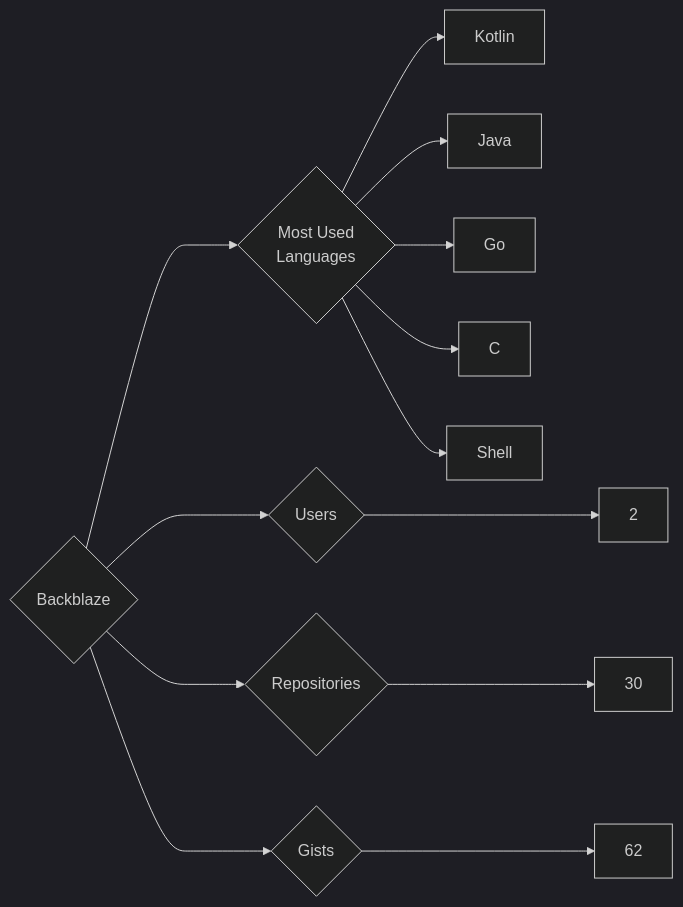
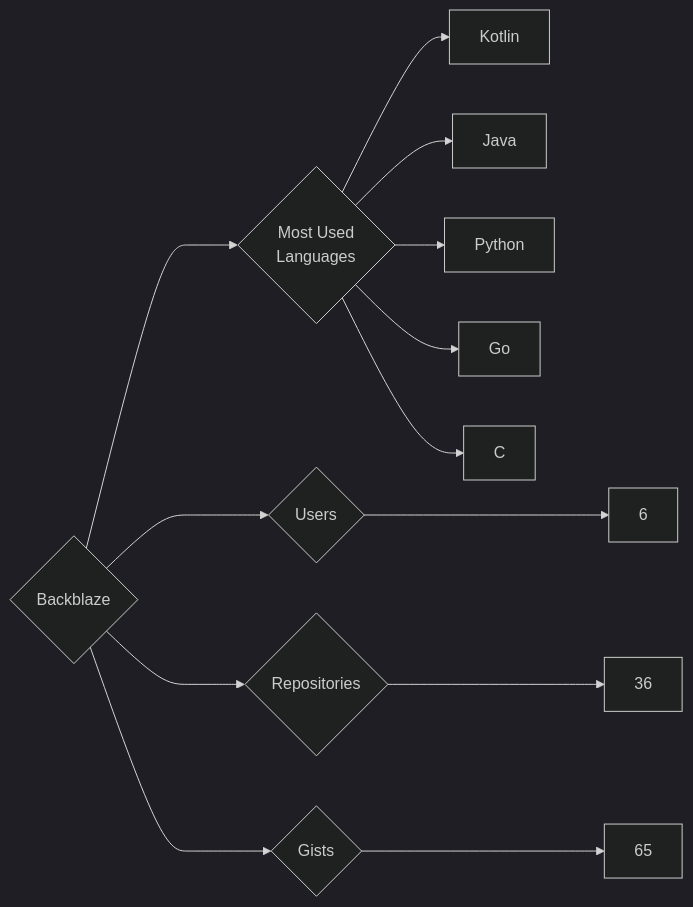
One commit to trickest/insiders changed the diagram in targets/Backblaze/README.md. Above: the diagram before and after it, drawn with Mermaid (dark theme). The commit also changed 894 other files, not shown here.

````diff
--- a/targets/Backblaze/README.md
+++ b/targets/Backblaze/README.md
@@ -3,13 +3,13 @@
 ```mermaid
 graph LR
 COMPANY_NAME{Backblaze}
-COMPANY_NAME ---> U{Users} ---> UN[2]
-COMPANY_NAME ---> R{Repositories} ---> RN[30]
-COMPANY_NAME ---> G{Gists} ---> GN[62]
+COMPANY_NAME ---> U{Users} ---> UN[6]
+COMPANY_NAME ---> R{Repositories} ---> RN[36]
+COMPANY_NAME ---> G{Gists} ---> GN[65]
 COMPANY_NAME ---> ML{Most Used<br>Languages}
 ML --> Kotlin[Kotlin]
 ML --> Java[Java]
+ML --> Python[Python]
 ML --> Go[Go]
 ML --> C[C]
-ML --> Shell[Shell]
 ```
````
